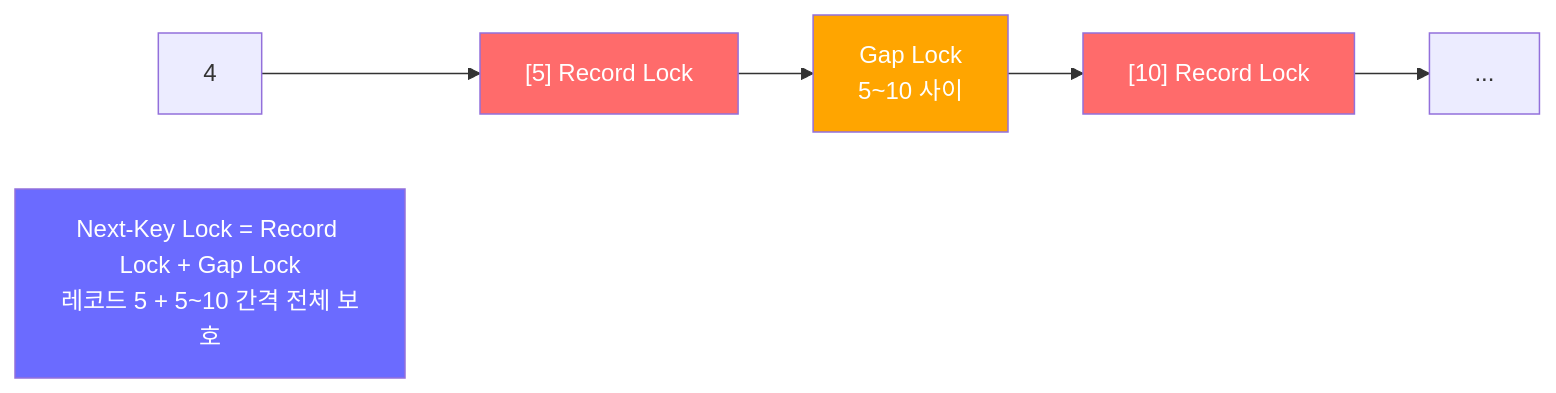
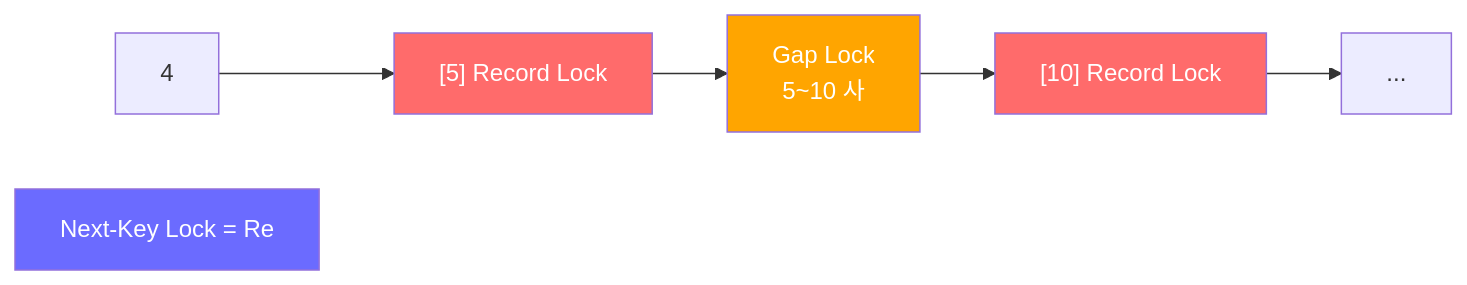
One commit to yjkim2015/yjkim2015.github.io changed the fourth of 5 diagrams in _posts/db/2026-05-01-db-locks.md. Above: the diagram before and after it, drawn with Mermaid. The commit also changed other lines of this file and 271 other files, not shown here.

First line of the commit message:
Mermaid 라벨 축소: 긴 노드 텍스트 18자 이하로 트림 + \n 제거

````diff
--- a/_posts/db/2026-05-01-db-locks.md
+++ b/_posts/db/2026-05-01-db-locks.md
@@ -85,9 +85,9 @@
 ```mermaid
 graph LR
-    R4[4] --> R5["[5] Record Lock"] --> GAP["Gap Lock<br>5~10 사이"] --> R10["[10] Record Lock"] --> R11[...]
-    NKL["Next-Key Lock = Record Lock + Gap Lock<br>레코드 5 + 5~10 간격 전체 보호"]
+    R4[4] --> R5["[5] Record Lock"] --> GAP["Gap Lock<br>5~10 사"] --> R10["[10] Record Lock"] --> R11[...]
+    NKL["Next-Key Lock = Re"]
     style R5 fill:#ff6b6b,color:#fff
     style GAP fill:#ffa500,color:#fff
     style R10 fill:#ff6b6b,color:#fff
     style NKL fill:#6b6bff,color:#fff
 ```
````
